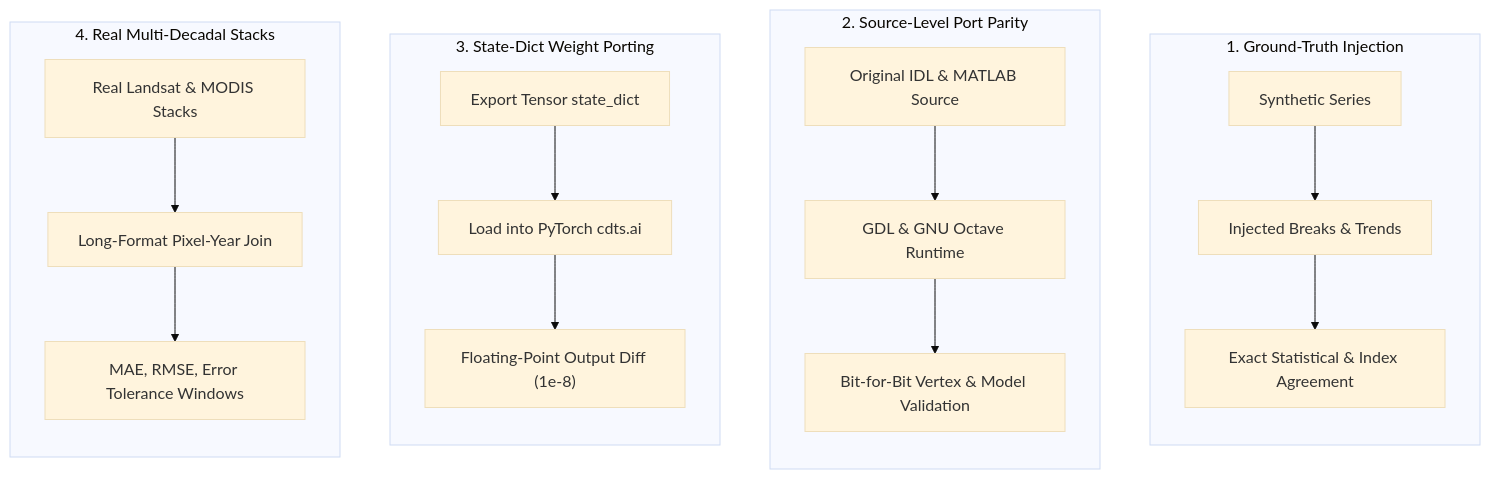
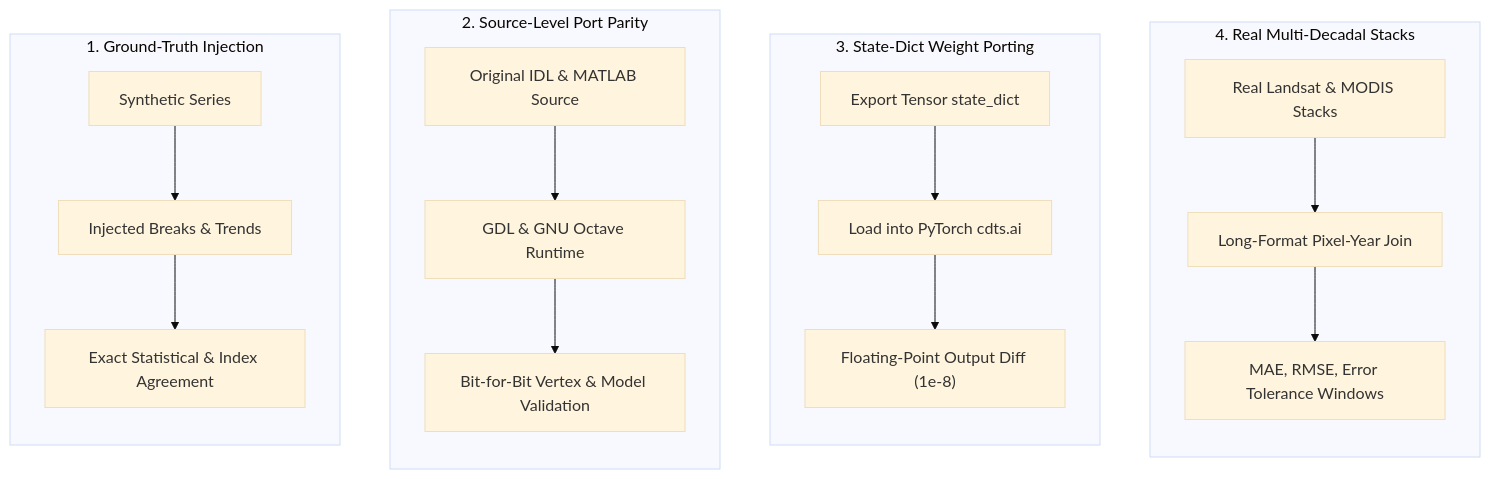
Before and after one commit to sacridini/cdts: the first of 2 diagrams in docs/benchmarks/fidelity.md, drawn with Mermaid (base theme).

Commit message:
docs(benchmarks): fix validation flowchart ordering from left to right (1 -> 4)

````diff
--- a/docs/benchmarks/fidelity.md
+++ b/docs/benchmarks/fidelity.md
@@ -11,26 +11,28 @@
 ```mermaid
-flowchart TD
+flowchart LR
     subgraph S1["1. Ground-Truth Injection"]
         direction TB
         G1["Synthetic Series"] --> G2["Injected Breaks & Trends"]
         G2 --> G3["Exact Statistical & Index Agreement"]
     end
 
     subgraph S2["2. Source-Level Port Parity"]
         direction TB
         O1["Original IDL & MATLAB Source"] --> O2["GDL & GNU Octave Runtime"]
         O2 --> O3["Bit-for-Bit Vertex & Model Validation"]
     end
 
     subgraph S3["3. State-Dict Weight Porting"]
         direction TB
         W1["Export Tensor state_dict"] --> W2["Load into PyTorch cdts.ai"]
         W2 --> W3["Floating-Point Output Diff (1e-8)"]
     end
 
     subgraph S4["4. Real Multi-Decadal Stacks"]
         direction TB
         R1["Real Landsat & MODIS Stacks"] --> R2["Long-Format Pixel-Year Join"]
         R2 --> R3["MAE, RMSE, Error Tolerance Windows"]
     end
+
+    S1 ~~~ S2 ~~~ S3 ~~~ S4
 ```
````
